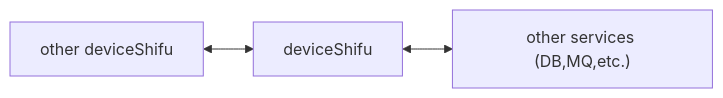
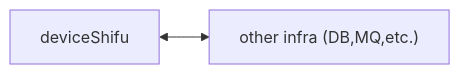
One commit to Edgenesis/shifu changed the third of 4 diagrams in docs/design/design-deviceShifu-zh.md. Above: the diagram before and after it, drawn with Mermaid. The commit also changed other lines of this file, not shown here.

Commit message:
add security charts

````diff
--- a/docs/design/design-deviceShifu-zh.md
+++ b/docs/design/design-deviceShifu-zh.md
@@ -63,6 +63,4 @@
 ```mermaid
-    flowchart LR;
-    ds[deviceShifu]
-    ods[other deviceShifu]<-->ds
-    ds<-->os["other services (DB,MQ,etc.)"]
+    flowchart LR
+    ds[deviceShifu]<-->os["other infra (DB,MQ,etc.)"]
 ```
````
